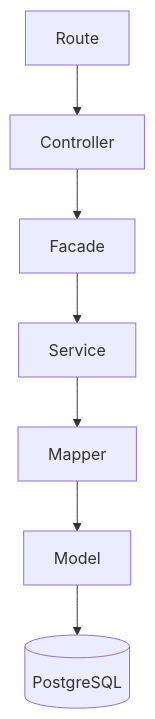
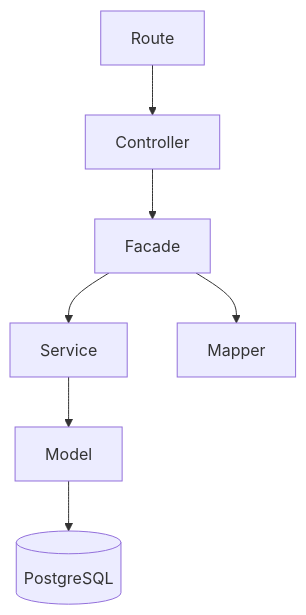
One commit to HattoriHanzo-Ronin/api-node-express changed the second of 2 diagrams in README.md. Above: the diagram before and after it, drawn with Mermaid. The commit also changed other lines of this file, not shown here.

Commit message:
docs: fix architecture diagram and layer responsibilities in README

````diff
--- a/README.md
+++ b/README.md
@@ -64,18 +64,18 @@
 ```mermaid
 flowchart TD
 
 Route[Route]
 Controller[Controller]
 Facade[Facade]
 Service[Service]
 Mapper[Mapper]
 Model[Model]
 DB[(PostgreSQL)]
 
 Route --> Controller
 Controller --> Facade
 Facade --> Service
-Service --> Mapper
-Mapper --> Model
+Service --> Model
+Facade --> Mapper
 Model --> DB
 ```
````
